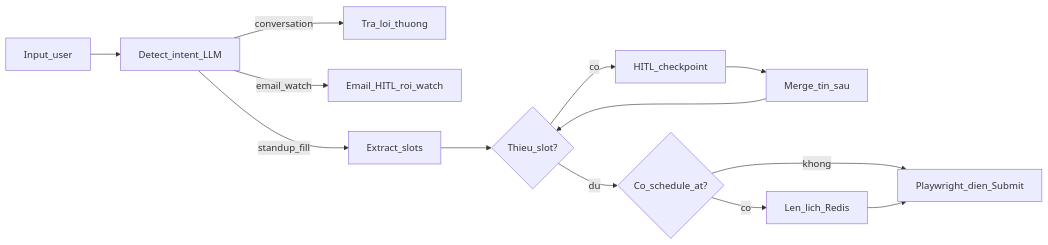
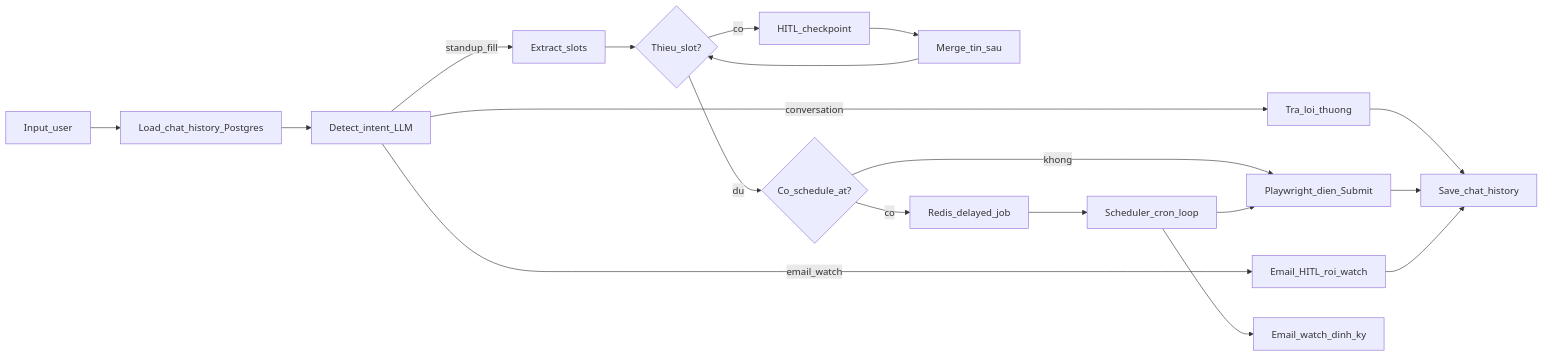
The diagram in spec.md (danialtranz/K5-Day15-L3B-digitalboo), drawn with Mermaid before and after one commit. The commit also changed other lines of this file, not shown here.

````diff
--- a/spec.md
+++ b/spec.md
@@ -56,15 +68,21 @@
 ```mermaid
 flowchart LR
-  inputUser[Input_user] --> intentLLM[Detect_intent_LLM]
+  inputUser[Input_user] --> memLoad[Load_chat_history_Postgres]
+  memLoad --> intentLLM[Detect_intent_LLM]
   intentLLM -->|conversation| chat[Tra_loi_thuong]
   intentLLM -->|email_watch| emailFlow[Email_HITL_roi_watch]
   intentLLM -->|standup_fill| slots[Extract_slots]
   slots --> miss{Thieu_slot?}
   miss -->|co| hitl[HITL_checkpoint]
   hitl --> resume[Merge_tin_sau]
   resume --> miss
   miss -->|du| maybeSched{Co_schedule_at?}
-  maybeSched -->|co| redis[Len_lich_Redis]
+  maybeSched -->|co| redis[Redis_delayed_job]
   maybeSched -->|khong| cu[Playwright_dien_Submit]
-  redis --> cu
+  redis --> cron[Scheduler_cron_loop]
+  cron --> cu
+  cron --> emailBg[Email_watch_dinh_ky]
+  chat --> memSave[Save_chat_history]
+  cu --> memSave
+  emailFlow --> memSave
 ```
````
